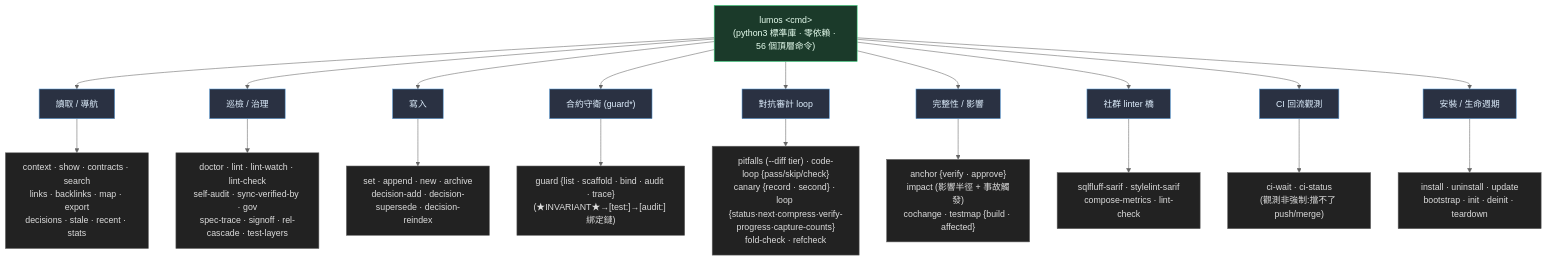
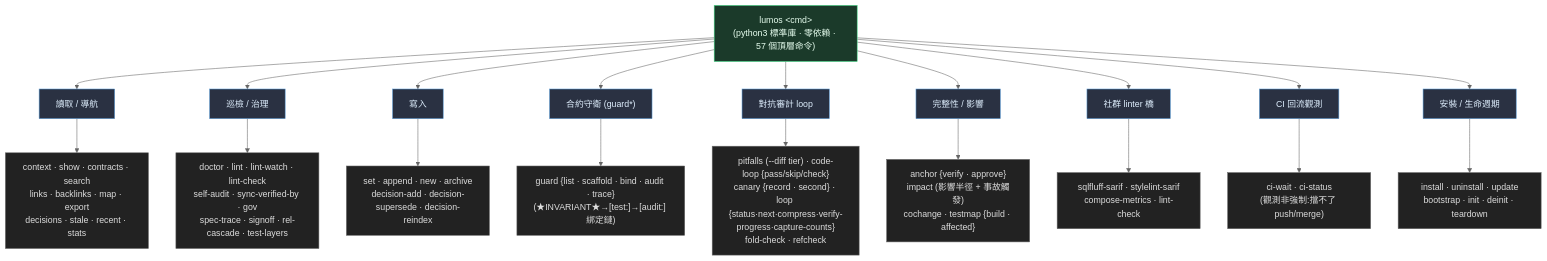
Before and after one commit to EnzoHsieh-Android/Lumos: the third of 4 diagrams in ARCHITECTURE.md, drawn with Mermaid (neutral theme). The commit also changed other lines of this file and 9 other files, not shown here.

````diff
--- a/ARCHITECTURE.md
+++ b/ARCHITECTURE.md
@@ -99,31 +99,31 @@
 ```mermaid
 flowchart TB
-    ROOT["lumos &lt;cmd&gt;<br/>(python3 標準庫 · 零依賴 · 56 個頂層命令)"]
+    ROOT["lumos &lt;cmd&gt;<br/>(python3 標準庫 · 零依賴 · 57 個頂層命令)"]
 
     ROOT --> READ["讀取 / 導航"]
     ROOT --> HEALTH["巡檢 / 治理"]
     ROOT --> WRITE["寫入"]
     ROOT --> GUARD["合約守衛 (guard*)"]
     ROOT --> LOOP["對抗審計 loop"]
     ROOT --> INTEG["完整性 / 影響"]
     ROOT --> SARIF["社群 linter 橋"]
     ROOT --> CI["CI 回流觀測"]
     ROOT --> LIFE["安裝 / 生命週期"]
 
     READ --> R["context · show · contracts · search<br/>links · backlinks · map · export<br/>decisions · stale · recent · stats"]
     HEALTH --> H["doctor · lint · lint-watch · lint-check<br/>self-audit · sync-verified-by · gov<br/>spec-trace · signoff · rel-cascade · test-layers"]
     CI --> C["ci-wait · ci-status<br/>(觀測非強制:擋不了 push/merge)"]
     WRITE --> W["set · append · new · archive<br/>decision-add · decision-supersede · decision-reindex"]
     GUARD --> G["guard {list · scaffold · bind · audit · trace}<br/>(★INVARIANT★→[test:]→[audit:] 綁定鏈)"]
     LOOP --> LP["pitfalls (--diff tier) · code-loop {pass/skip/check}<br/>canary {record · second} · loop {status·next·compress·verify-progress·capture-counts}<br/>fold-check · refcheck"]
     INTEG --> I["anchor {verify · approve}<br/>impact (影響半徑 + 事故觸發)<br/>cochange · testmap {build · affected}"]
     SARIF --> ST["sqlfluff-sarif · stylelint-sarif<br/>compose-metrics · lint-check"]
     LIFE --> L["install · uninstall · update<br/>bootstrap · init · deinit · teardown"]
 
     classDef root fill:#1b3a2a,stroke:#3ddc84,color:#e8fff0
     classDef cat fill:#2a3142,stroke:#5a9bd6,color:#e0f0ff
     classDef leaf fill:#222,stroke:#666,color:#ddd
     class ROOT root
     class READ,HEALTH,WRITE,GUARD,LOOP,INTEG,SARIF,CI,LIFE cat
     class R,H,W,G,LP,I,ST,C,L leaf
 ```
````
